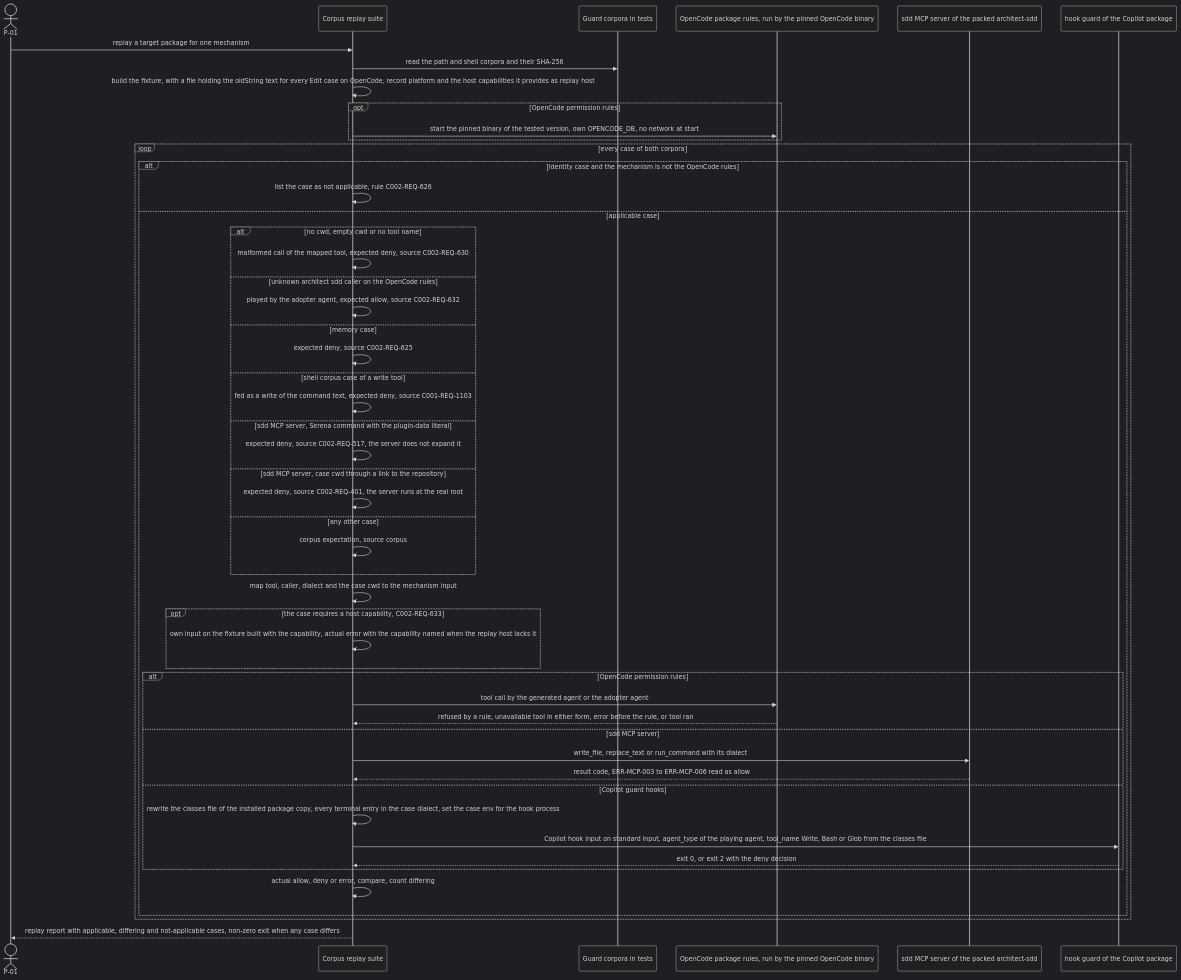
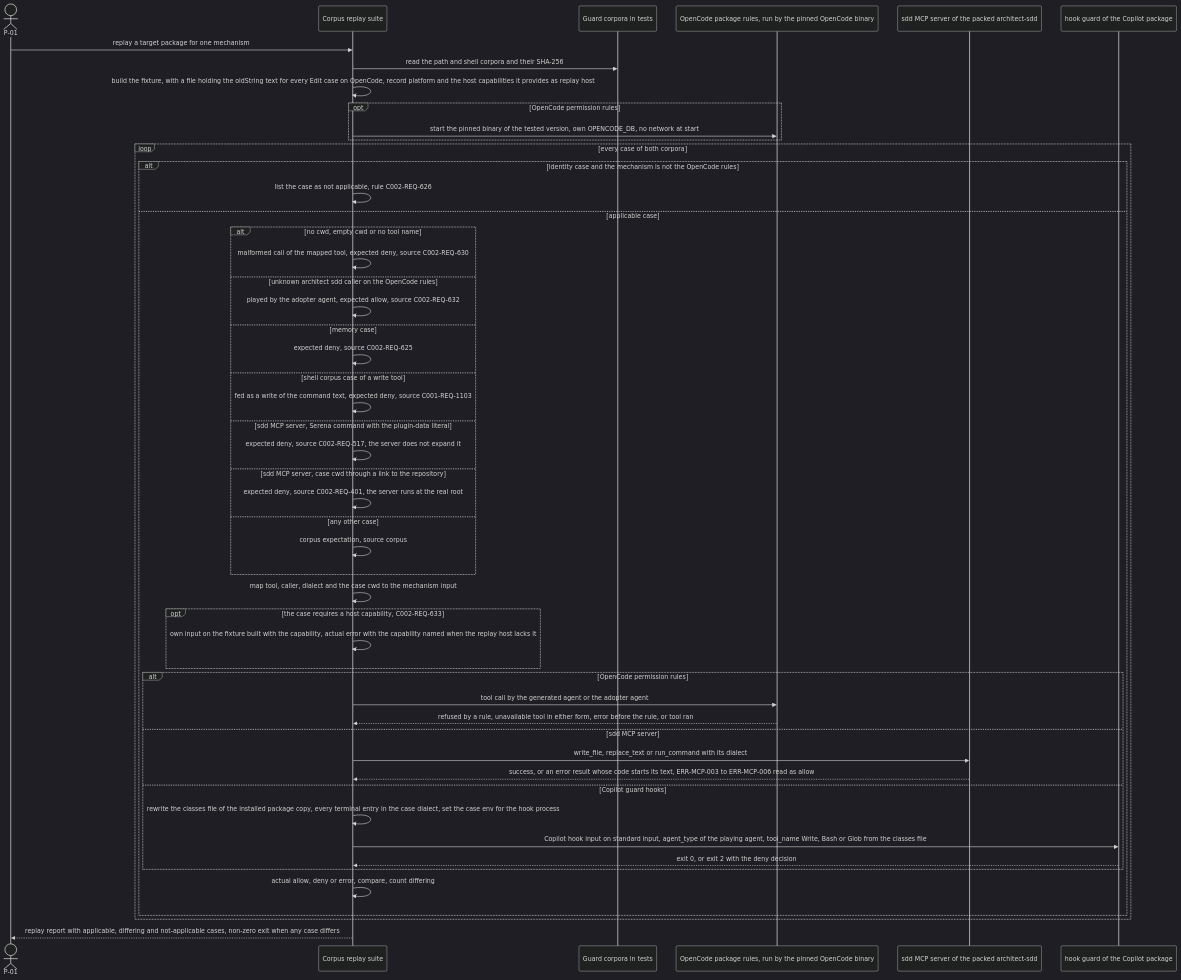
Diagram 12 of 15 in .sdd/002-multi-platform-targets/10-spec/60-architecture/architecture.md (jlacube/spec-architect), drawn with Mermaid (dark theme) before and after one commit. The commit also changed other lines of this file and 7 other files, not shown here.

````diff
--- a/.sdd/002-multi-platform-targets/10-spec/60-architecture/architecture.md
+++ b/.sdd/002-multi-platform-targets/10-spec/60-architecture/architecture.md
@@ -804,54 +815,54 @@
 ```mermaid
 sequenceDiagram
   %% F11 corpus replay with per-mechanism expectations. Realizes C002-TS-608 C002-TS-609 C002-TS-628 C002-TS-629 C002-TS-630 C002-TS-631 C002-TS-643 C002-TS-644 C002-TS-645 C002-TS-646 C002-TS-647
   actor P01 as P-01
   participant C002_COMP_008 as Corpus replay suite
   participant C002_COMP_013 as Guard corpora in tests
   participant C002_COMP_003 as OpenCode package rules, run by the pinned OpenCode binary
   participant C002_COMP_005 as sdd MCP server of the packed architect-sdd
   participant C002_COMP_012 as hook guard of the Copilot package
   P01->>C002_COMP_008: replay a target package for one mechanism
   C002_COMP_008->>C002_COMP_013: read the path and shell corpora and their SHA-256
   C002_COMP_008->>C002_COMP_008: build the fixture, with a file holding the oldString text for every Edit case on OpenCode, record platform and the host capabilities it provides as replay host
   opt OpenCode permission rules
     C002_COMP_008->>C002_COMP_003: start the pinned binary of the tested version, own OPENCODE_DB, no network at start
   end
   loop every case of both corpora
     alt identity case and the mechanism is not the OpenCode rules
       C002_COMP_008->>C002_COMP_008: list the case as not applicable, rule C002-REQ-626
     else applicable case
       alt no cwd, empty cwd or no tool name
         C002_COMP_008->>C002_COMP_008: malformed call of the mapped tool, expected deny, source C002-REQ-630
       else unknown architect sdd caller on the OpenCode rules
         C002_COMP_008->>C002_COMP_008: played by the adopter agent, expected allow, source C002-REQ-632
       else memory case
         C002_COMP_008->>C002_COMP_008: expected deny, source C002-REQ-625
       else shell corpus case of a write tool
         C002_COMP_008->>C002_COMP_008: fed as a write of the command text, expected deny, source C001-REQ-1103
       else sdd MCP server, Serena command with the plugin-data literal
         C002_COMP_008->>C002_COMP_008: expected deny, source C002-REQ-517, the server does not expand it
       else sdd MCP server, case cwd through a link to the repository
         C002_COMP_008->>C002_COMP_008: expected deny, source C002-REQ-401, the server runs at the real root
       else any other case
         C002_COMP_008->>C002_COMP_008: corpus expectation, source corpus
       end
       C002_COMP_008->>C002_COMP_008: map tool, caller, dialect and the case cwd to the mechanism input
       opt the case requires a host capability, C002-REQ-633
         C002_COMP_008->>C002_COMP_008: own input on the fixture built with the capability, actual error with the capability named when the replay host lacks it
       end
       alt OpenCode permission rules
         C002_COMP_008->>C002_COMP_003: tool call by the generated agent or the adopter agent
         C002_COMP_003-->>C002_COMP_008: refused by a rule, unavailable tool in either form, error before the rule, or tool ran
       else sdd MCP server
         C002_COMP_008->>C002_COMP_005: write_file, replace_text or run_command with its dialect
-        C002_COMP_005-->>C002_COMP_008: result code, ERR-MCP-003 to ERR-MCP-006 read as allow
+        C002_COMP_005-->>C002_COMP_008: success, or an error result whose code starts its text, ERR-MCP-003 to ERR-MCP-006 read as allow
       else Copilot guard hooks
         C002_COMP_008->>C002_COMP_008: rewrite the classes file of the installed package copy, every terminal entry in the case dialect, set the case env for the hook process
         C002_COMP_008->>C002_COMP_012: Copilot hook input on standard input, agent_type of the playing agent, tool_name Write, Bash or Glob from the classes file
         C002_COMP_012-->>C002_COMP_008: exit 0, or exit 2 with the deny decision
       end
       C002_COMP_008->>C002_COMP_008: actual allow, deny or error, compare, count differing
     end
   end
   C002_COMP_008-->>P01: replay report with applicable, differing and not-applicable cases, non-zero exit when any case differs
 ```
````
